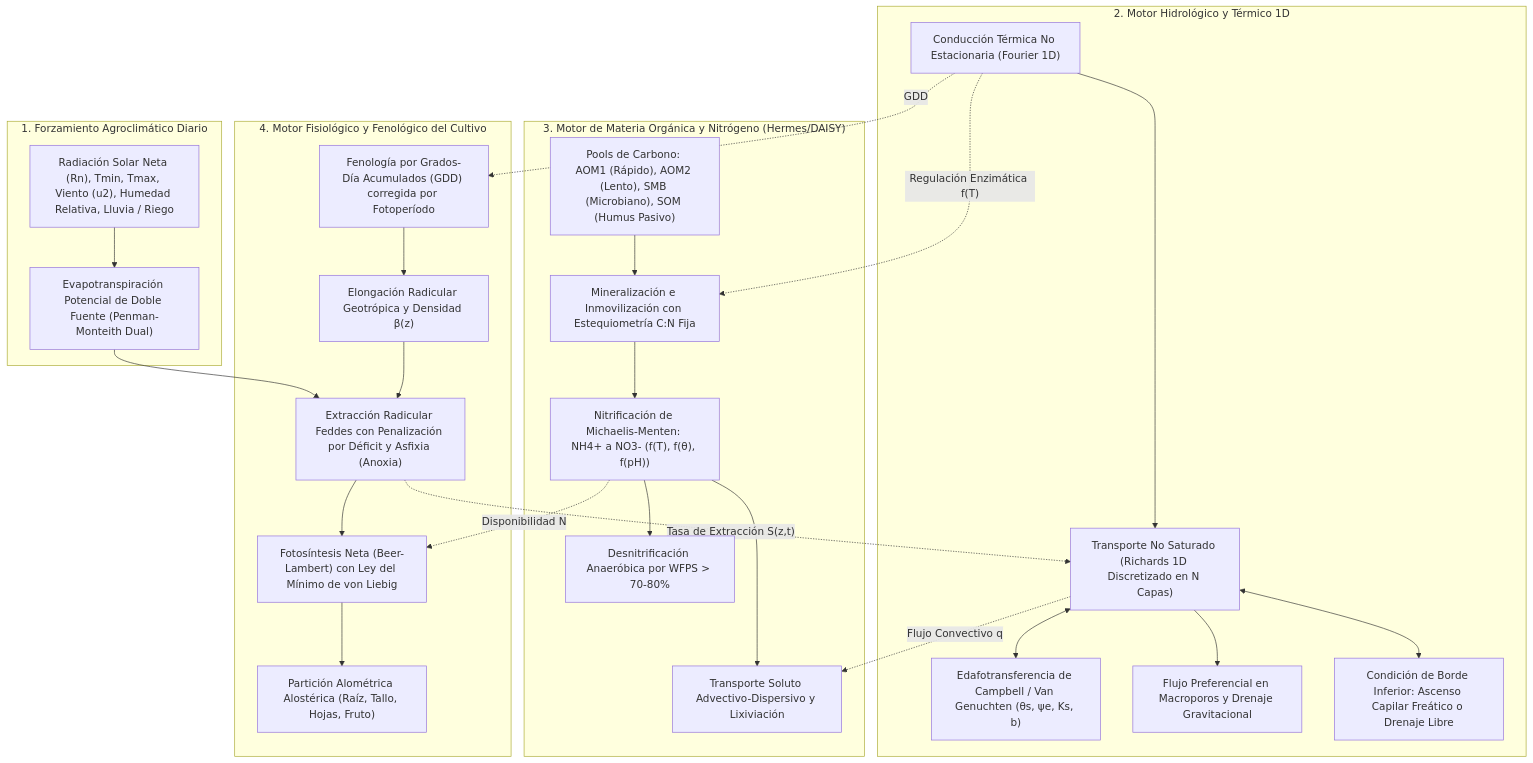
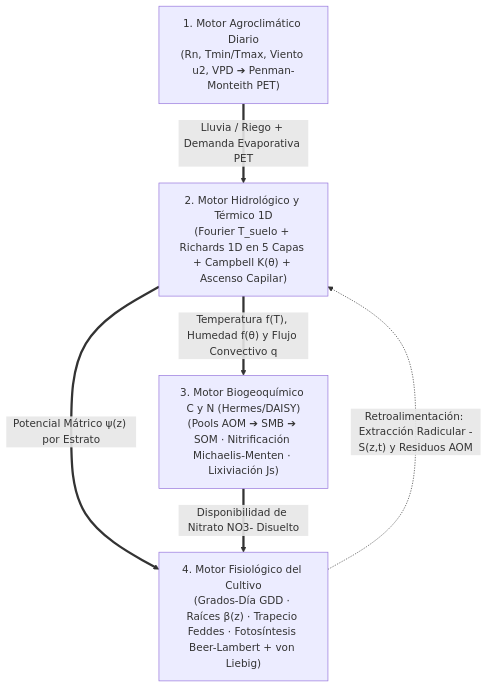
One commit to danisantanderurrutia-coder/agrotech changed the fifth of 15 diagrams in webAgrotech/public/docs/TRATADO_MIGRACION_ARQUITECTURA_AGRITWIN_V3.md. Above: the diagram before and after it, drawn with Mermaid. The commit also changed other lines of this file and 4 other files, not shown here.

First line of the commit message:
docs(vault): actualizar Tratado v3.2.0 (20 caps, 67 pags, esquemas verticales y diagramas C-N/Kalman/Multitemporal)

````diff
--- a/webAgrotech/public/docs/TRATADO_MIGRACION_ARQUITECTURA_AGRITWIN_V3.md
+++ b/webAgrotech/public/docs/TRATADO_MIGRACION_ARQUITECTURA_AGRITWIN_V3.md
@@ -687,54 +749,13 @@
 ```mermaid
 flowchart TD
-    subgraph ATMOSFERA ["1. Forzamiento Agroclimático Diario"]
-        CLIM["Radiación Solar Neta (Rn), Tmin, Tmax, Viento (u2), Humedad Relativa, Lluvia / Riego"]
-        PET["Evapotranspiración Potencial de Doble Fuente (Penman-Monteith Dual)"]
-        CLIM --> PET
-    end
+    M1["1. Motor Agroclimático Diario<br/>(Rn, Tmin/Tmax, Viento u2, VPD ➔ Penman-Monteith PET)"]
+    M2["2. Motor Hidrológico y Térmico 1D<br/>(Fourier T_suelo + Richards 1D en 5 Capas + Campbell K(θ) + Ascenso Capilar)"]
+    M3["3. Motor Biogeoquímico C y N (Hermes/DAISY)<br/>(Pools AOM ➔ SMB ➔ SOM · Nitrificación Michaelis-Menten · Lixiviación Js)"]
+    M4["4. Motor Fisiológico del Cultivo<br/>(Grados-Día GDD · Raíces β(z) · Trapecio Feddes · Fotosíntesis Beer-Lambert + von Liebig)"]
 
-    subgraph MOTOR_SUELO ["2. Motor Hidrológico y Térmico 1D"]
-        TEMP["Conducción Térmica No Estacionaria (Fourier 1D)"]
-        RICH["Transporte No Saturado (Richards 1D Discretizado en N Capas)"]
-        CAMP["Edafotransferencia de Campbell / Van Genuchten (θs, ψe, Ks, b)"]
-        MACRO["Flujo Preferencial en Macroporos y Drenaje Gravitacional"]
-        FREA["Condición de Borde Inferior: Ascenso Capilar Freático o Drenaje Libre"]
-        
-        TEMP --> RICH
-        RICH <--> CAMP
-        RICH --> MACRO
-        RICH <--> FREA
-    end
-
-    subgraph MOTOR_SOM ["3. Motor de Materia Orgánica y Nitrógeno (Hermes/DAISY)"]
-        POOLS["Pools de Carbono: AOM1 (Rápido), AOM2 (Lento), SMB (Microbiano), SOM (Humus Pasivo)"]
-        MIN_IMM["Mineralización e Inmovilización con Estequiometría C:N Fija"]
-        NITRIF["Nitrificación de Michaelis-Menten: NH4+ a NO3- (f(T), f(θ), f(pH))"]
-        DENIT["Desnitrificación Anaeróbica por WFPS > 70-80%"]
-        LEACH["Transporte Soluto Advectivo-Dispersivo y Lixiviación"]
-        
-        POOLS --> MIN_IMM
-        MIN_IMM --> NITRIF
-        NITRIF --> DENIT
-        NITRIF --> LEACH
-        RICH -.->|"Flujo Convectivo q"| LEACH
-    end
-
-    subgraph MOTOR_PLANTA ["4. Motor Fisiológico y Fenológico del Cultivo"]
-        PHEN["Fenología por Grados-Día Acumulados (GDD) corregida por Fotoperíodo"]
-        ROOT_GROWTH["Elongación Radicular Geotrópica y Densidad β(z)"]
-        FEDDES_SINK["Extracción Radicular Feddes con Penalización por Déficit y Asfixia (Anoxia)"]
-        BEER_PHOTO["Fotosíntesis Neta (Beer-Lambert) con Ley del Mínimo de von Liebig"]
-        PARTITION["Partición Alométrica Alostérica (Raíz, Tallo, Hojas, Fruto)"]
-        
-        PHEN --> ROOT_GROWTH
-        ROOT_GROWTH --> FEDDES_SINK
-        FEDDES_SINK --> BEER_PHOTO
-        BEER_PHOTO --> PARTITION
-    end
-
-    PET --> FEDDES_SINK
-    FEDDES_SINK -.->|"Tasa de Extracción S(z,t)"| RICH
-    NITRIF -.->|"Disponibilidad N"| BEER_PHOTO
-    TEMP -.->|"Regulación Enzimática f(T)"| MIN_IMM
-    TEMP -.->|"GDD"| PHEN
+    M1 ==>|"Lluvia / Riego + Demanda Evaporativa PET"| M2
+    M2 ==>|"Temperatura f(T), Humedad f(θ) y Flujo Convectivo q"| M3
+    M2 ==>|"Potencial Mátrico ψ(z) por Estrato"| M4
+    M3 ==>|"Disponibilidad de Nitrato NO3- Disuelto"| M4
+    M4 -.->|"Retroalimentación: Extracción Radicular -S(z,t) y Residuos AOM"| M2
 ```
````
